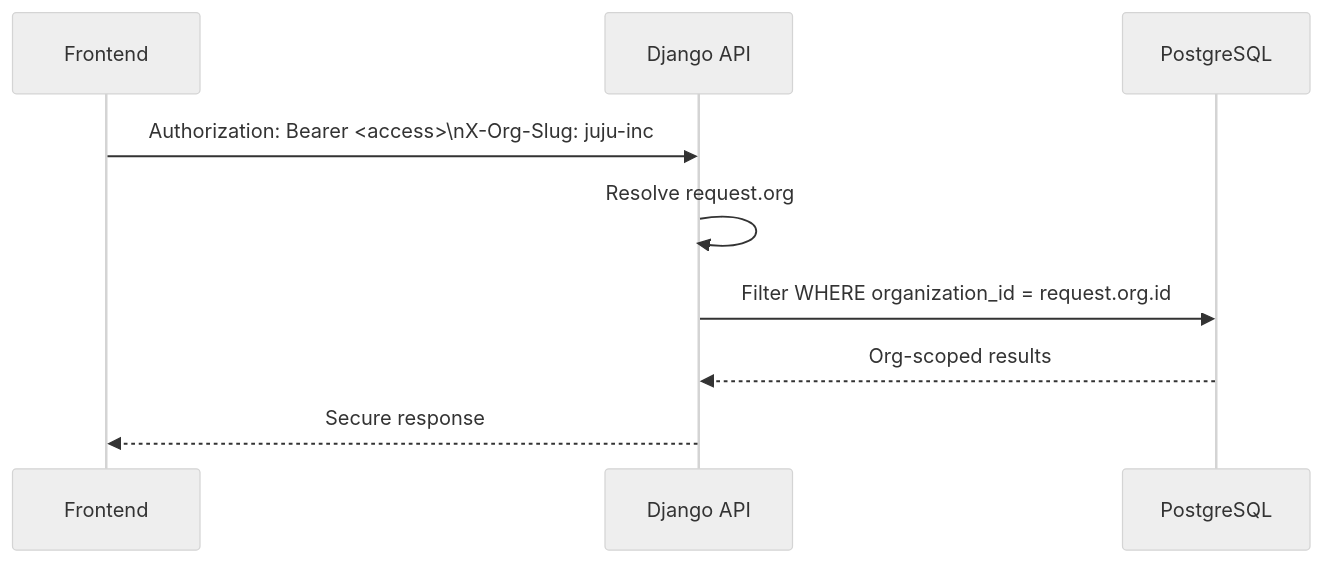
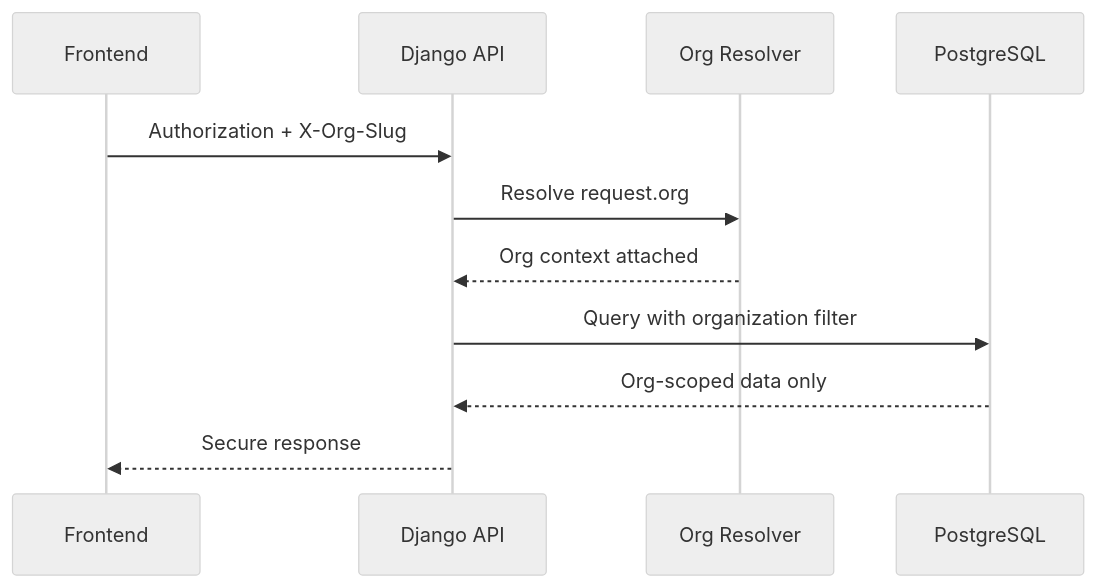
The second of 4 diagrams in EstateIQ_Investor_README.md (anthonynarine/EstateIQ), drawn with Mermaid (neutral theme) before and after one commit. The commit also changed other lines of this file and 1 other file, not shown here.

Commit message:
updated project architecture diagrams

````diff
--- a/EstateIQ_Investor_README.md
+++ b/EstateIQ_Investor_README.md
@@ -75,12 +98,14 @@
-``` mermaid
+```mermaid
 sequenceDiagram
   participant UI as Frontend
   participant API as Django API
+  participant ORG as Org Resolver
   participant DB as PostgreSQL
 
-  UI->>API: Authorization: Bearer <access>\nX-Org-Slug: juju-inc
-  API->>API: Resolve request.org
-  API->>DB: Filter WHERE organization_id = request.org.id
-  DB-->>API: Org-scoped results
+  UI->>API: Authorization + X-Org-Slug
+  API->>ORG: Resolve request.org
+  ORG-->>API: Org context attached
+  API->>DB: Query with organization filter
+  DB-->>API: Org-scoped data only
   API-->>UI: Secure response
 ```
````
